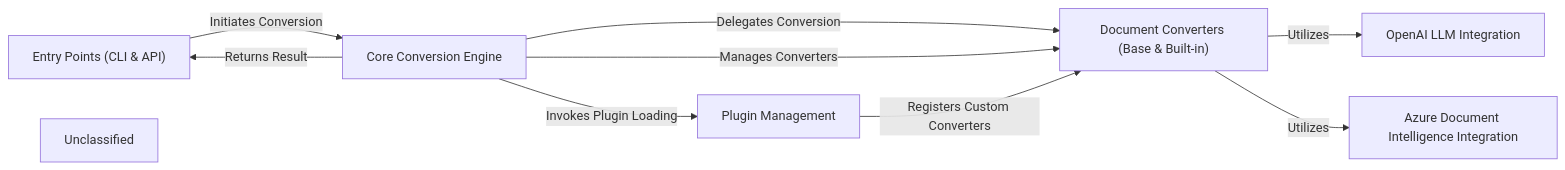
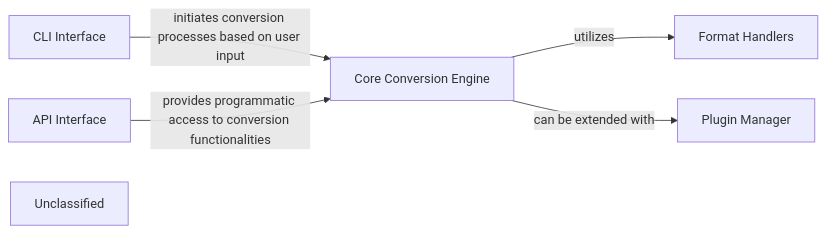
The diagram in markitdown/on_boarding.md (CodeBoarding/GeneratedOnBoardings), drawn with Mermaid before and after one commit. The commit also changed other lines of this file, not shown here.

````diff
--- a/markitdown/on_boarding.md
+++ b/markitdown/on_boarding.md
@@ -1,18 +1,13 @@
 ```mermaid
 graph LR
-    Entry_Points_CLI_API_["Entry Points (CLI & API)"]
     Core_Conversion_Engine["Core Conversion Engine"]
-    Document_Converters_Base_Built_in_["Document Converters (Base & Built-in)"]
-    OpenAI_LLM_Integration["OpenAI LLM Integration"]
-    Azure_Document_Intelligence_Integration["Azure Document Intelligence Integration"]
-    Plugin_Management["Plugin Management"]
+    Format_Handlers["Format Handlers"]
+    Plugin_Manager["Plugin Manager"]
+    CLI_Interface["CLI Interface"]
+    API_Interface["API Interface"]
     Unclassified["Unclassified"]
-    Entry_Points_CLI_API_ -- "Initiates Conversion" --> Core_Conversion_Engine
-    Core_Conversion_Engine -- "Returns Result" --> Entry_Points_CLI_API_
-    Core_Conversion_Engine -- "Delegates Conversion" --> Document_Converters_Base_Built_in_
-    Core_Conversion_Engine -- "Manages Converters" --> Document_Converters_Base_Built_in_
-    Core_Conversion_Engine -- "Invokes Plugin Loading" --> Plugin_Management
-    Document_Converters_Base_Built_in_ -- "Utilizes" --> OpenAI_LLM_Integration
-    Document_Converters_Base_Built_in_ -- "Utilizes" --> Azure_Document_Intelligence_Integration
-    Plugin_Management -- "Registers Custom Converters" --> Document_Converters_Base_Built_in_
+    Core_Conversion_Engine -- "utilizes" --> Format_Handlers
+    Core_Conversion_Engine -- "can be extended with" --> Plugin_Manager
+    CLI_Interface -- "initiates conversion processes based on user input" --> Core_Conversion_Engine
+    API_Interface -- "provides programmatic access to conversion functionalities" --> Core_Conversion_Engine
 ```
````
